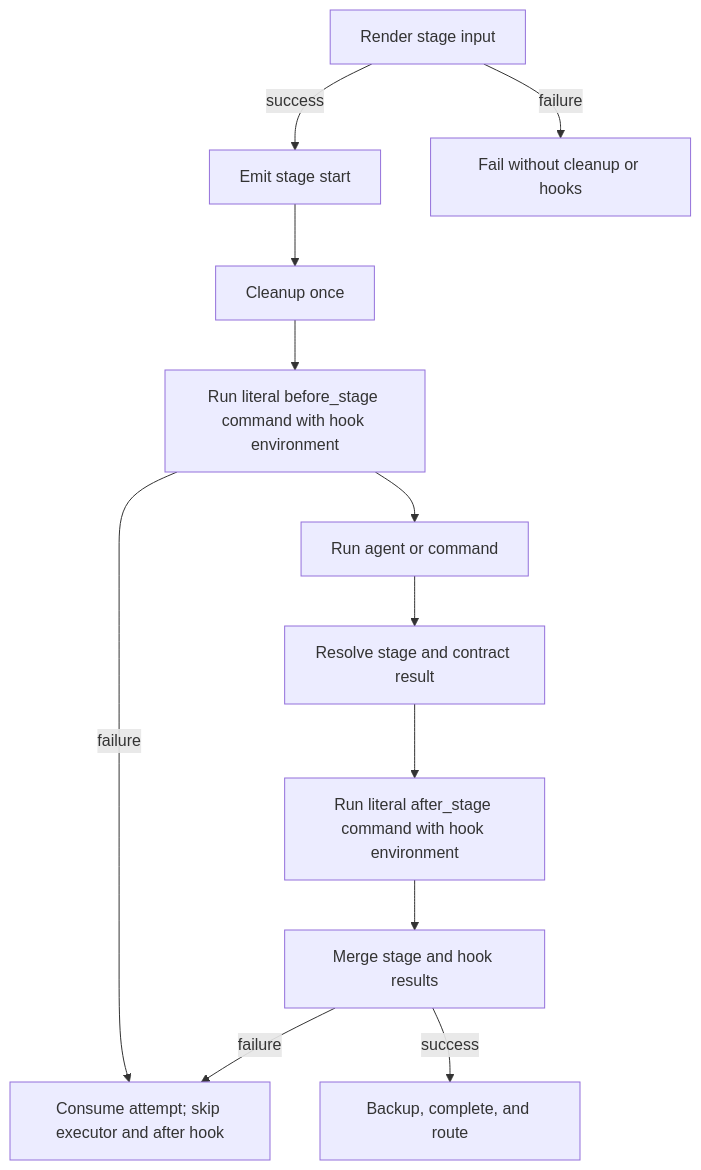
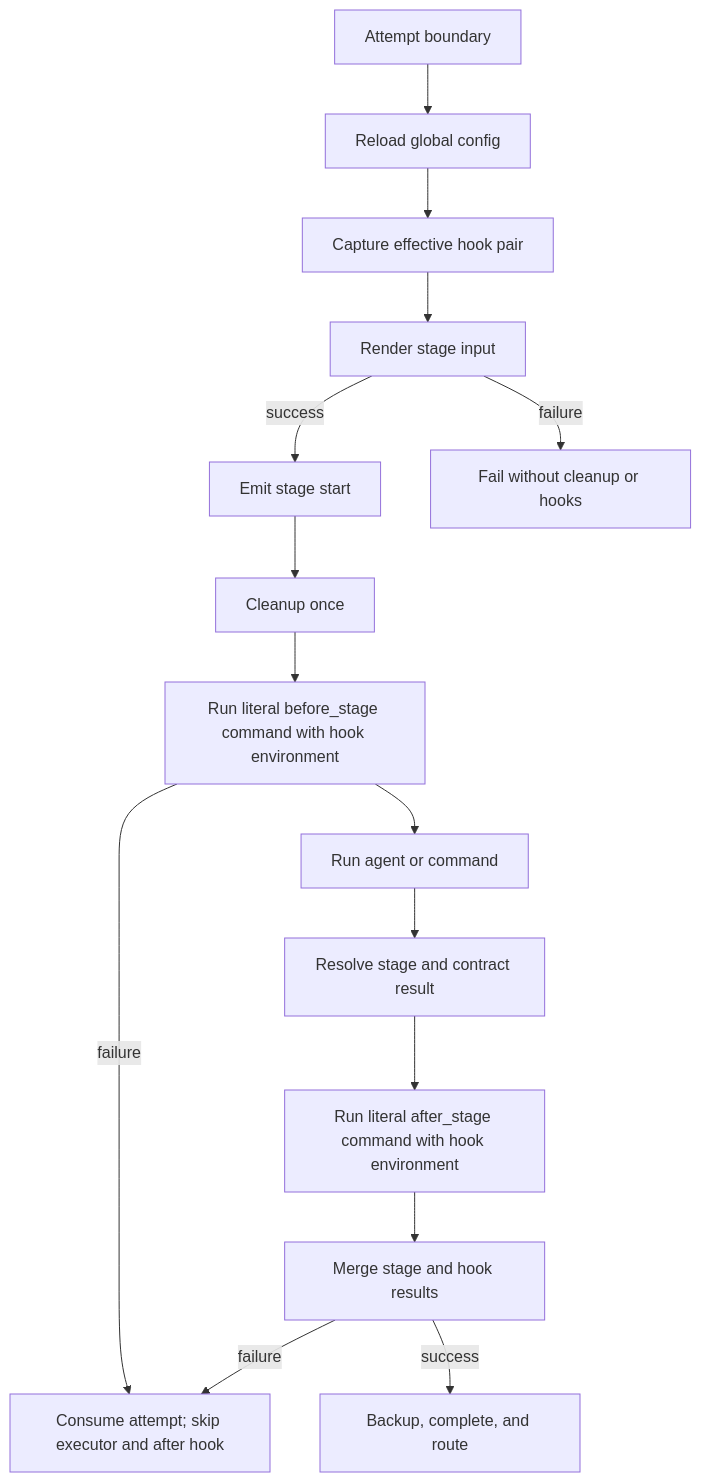
One commit to crzidea/cybervisor-docs changed the first of 3 diagrams in docs/pipeline-authoring.md. Above: the diagram before and after it, drawn with Mermaid. The commit also changed other lines of this file and 22 other files, not shown here.

````diff
--- a/docs/pipeline-authoring.md
+++ b/docs/pipeline-authoring.md
@@ -122,14 +137,17 @@
 ```mermaid
 flowchart TD
-    R[Render stage input] -->|success| S[Emit stage start]
+    T[Attempt boundary] --> L[Reload global config]
+    L --> P[Capture effective hook pair]
+    P --> R[Render stage input]
+    R -->|success| S[Emit stage start]
     R -->|failure| X[Fail without cleanup or hooks]
     S --> C[Cleanup once]
     C --> B[Run literal before_stage command with hook environment]
     B -->|failure| F[Consume attempt; skip executor and after hook]
     B --> E[Run agent or command]
     E --> A[Resolve stage and contract result]
     A --> H[Run literal after_stage command with hook environment]
     H --> M[Merge stage and hook results]
     M -->|success| D[Backup, complete, and route]
     M -->|failure| F
 ```
````
